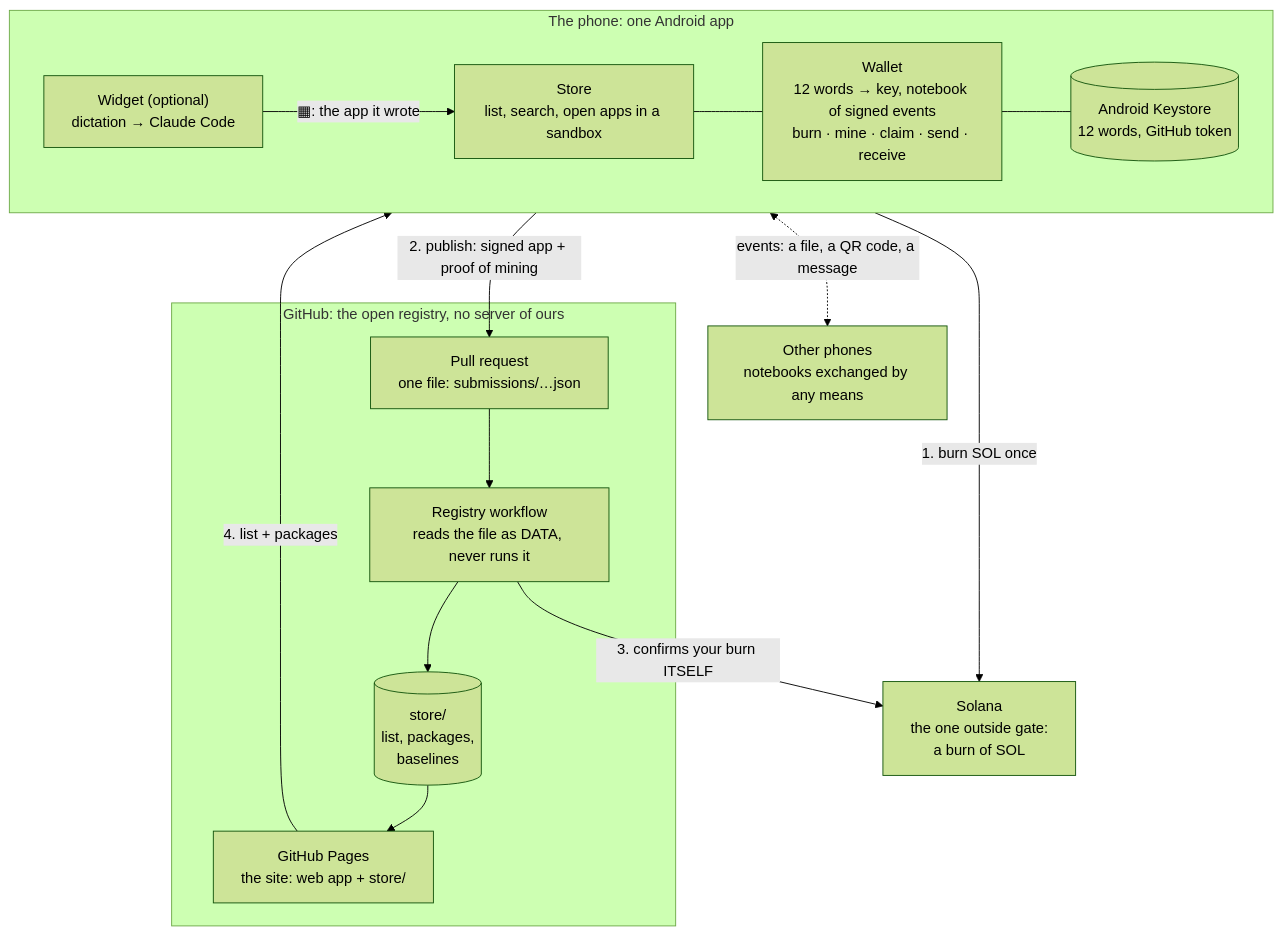
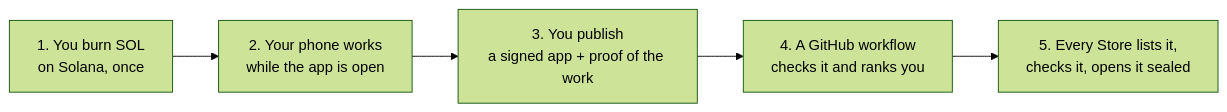
The diagram in README.md (theodoreyong9/Aiwa_store), drawn with Mermaid (forest theme) before and after one commit. The commit also changed other lines of this file and 12 other files, not shown here.

First line of the commit message:
README with real screenshots and the install steps (Store, wallet, widget); Pages and Devnet fail instead of passing without doing anything

````diff
--- a/README.md
+++ b/README.md
@@ -25,30 +27,7 @@
 ```mermaid
-flowchart TB
-  subgraph phone["The phone: one Android app"]
-    direction LR
-    WI["Widget (optional)<br/>dictation → Claude Code"]
-    ST["Store<br/>list, search, open apps in a sandbox"]
-    WA["Wallet<br/>12 words → key, notebook of signed events<br/>burn · mine · claim · send · receive"]
-    KS[("Android Keystore<br/>12 words, GitHub token")]
-    WI -- "▦: the app it wrote" --> ST
-    ST --- WA
-    WA --- KS
-  end
-
-  subgraph github["GitHub: the open registry, no server of ours"]
-    PR["Pull request<br/>one file: submissions/…json"]
-    WF["Registry workflow<br/>reads the file as DATA, never runs it"]
-    FI[("store/<br/>list, packages,<br/>baselines")]
-    PG["GitHub Pages<br/>the site: web app + store/"]
-    PR --> WF --> FI --> PG
-  end
-
-  SOL["Solana<br/>the one outside gate:<br/>a burn of SOL"]
-  PEER["Other phones<br/>notebooks exchanged by any means"]
-
-  WA -- "1. burn SOL once" --> SOL
-  ST -- "2. publish: signed app + proof of mining" --> PR
-  WF -- "3. confirms your burn ITSELF" --> SOL
-  PG -- "4. list + packages" --> ST
-  WA <-. "events: a file, a QR code, a message" .-> PEER
+flowchart LR
+  A["1. You burn SOL<br/>on Solana, once"] --> B["2. Your phone works<br/>while the app is open"]
+  B --> C["3. You publish<br/>a signed app + proof of the work"]
+  C --> D["4. A GitHub workflow<br/>checks it and ranks you"]
+  D --> E["5. Every Store lists it,<br/>checks it, opens it sealed"]
 ```
````
